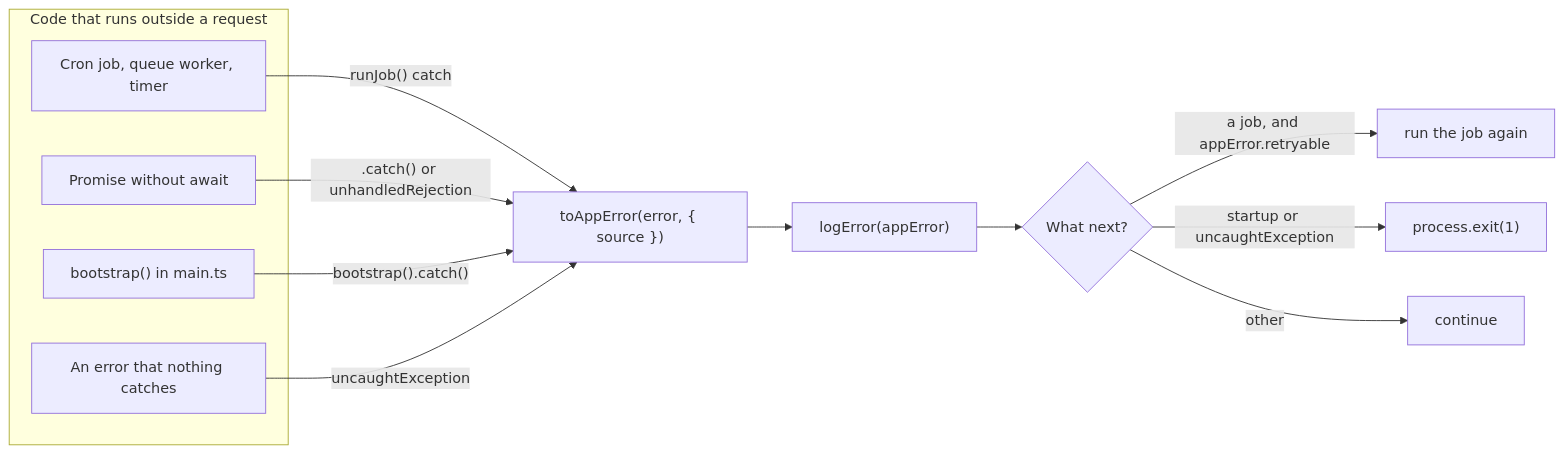
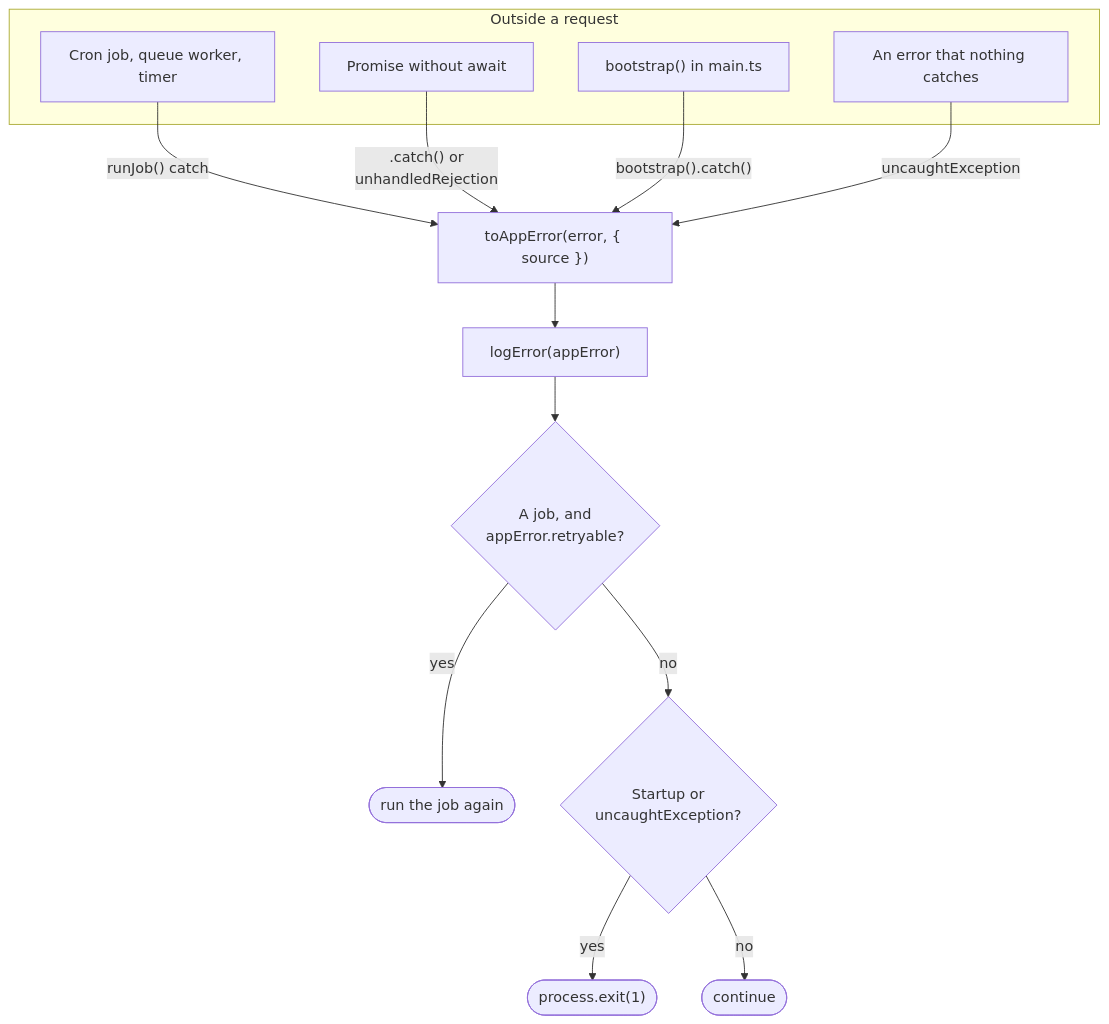
The sixth of 6 diagrams in docs/error-handling-improvements.md (CyberBrainiac/job-search-automation-tool), drawn with Mermaid before and after one commit. The commit also changed other lines of this file and 2 other files, not shown here.

Commit message:
docs(root): make all diagrams follow the diagram rules
Claude-Session: https://claude.ai/code/session_0178pBtkxPmQDEznvjrPWndC

````diff
--- a/docs/error-handling-improvements.md
+++ b/docs/error-handling-improvements.md
@@ -413,19 +414,20 @@
 ```mermaid
-flowchart LR
-  subgraph where["Code that runs outside a request"]
+flowchart TD
+  subgraph where["Outside a request"]
     J["Cron job, queue worker, timer"]
     P["Promise without await"]
     S["bootstrap() in main.ts"]
     U["An error that nothing catches"]
   end
 
   J -- "runJob() catch" --> T["toAppError(error, { source })"]
-  P -- ".catch() or unhandledRejection" --> T
+  P -- ".catch() or<br/>unhandledRejection" --> T
   S -- "bootstrap().catch()" --> T
   U -- "uncaughtException" --> T
   T --> L["logError(appError)"]
-  L --> R{"What next?"}
-  R -- "a job, and appError.retryable" --> RT["run the job again"]
-  R -- "startup or uncaughtException" --> EX["process.exit(1)"]
-  R -- "other" --> GO["continue"]
+  L --> R1{"A job, and<br/>appError.retryable?"}
+  R1 -- "yes" --> RT(["run the job again"])
+  R1 -- "no" --> R2{"Startup or<br/>uncaughtException?"}
+  R2 -- "yes" --> EX(["process.exit(1)"])
+  R2 -- "no" --> GO(["continue"])
 ```
````
